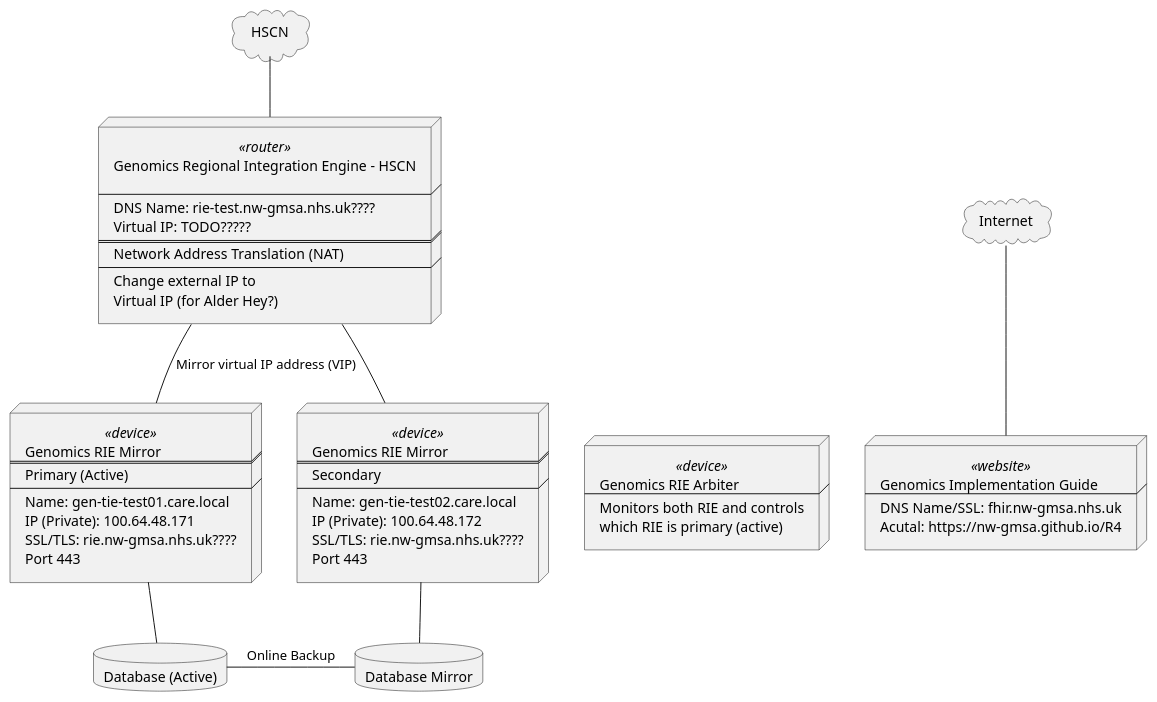
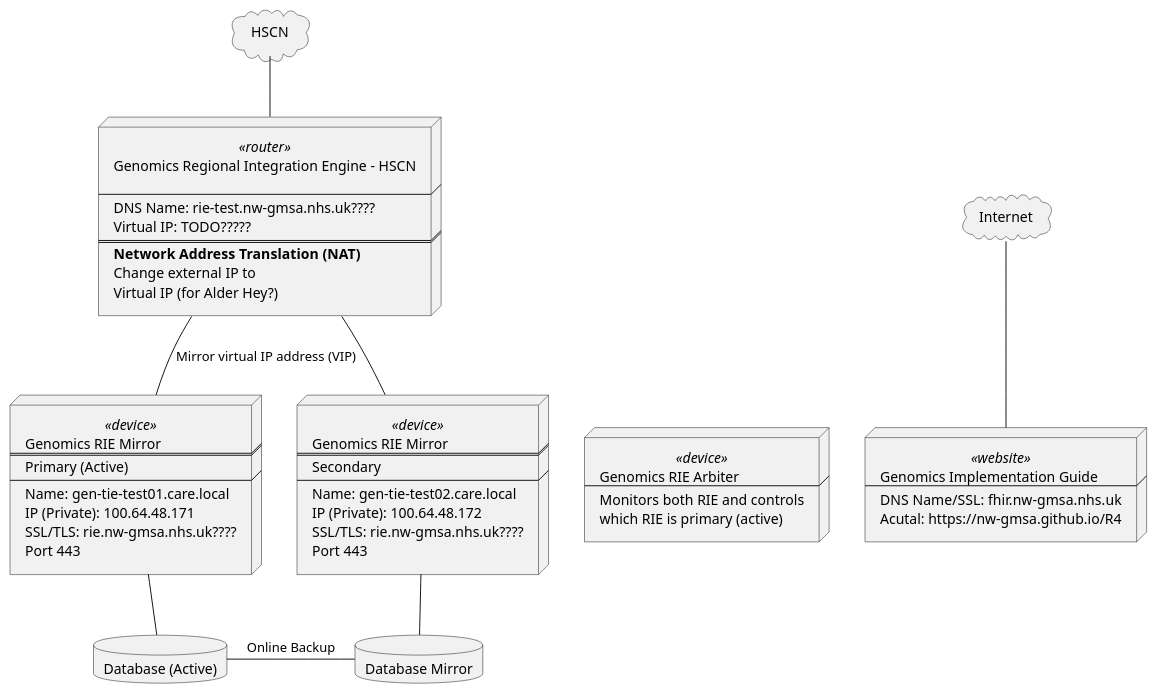
One commit to nw-gmsa/nw-gmsa.github.com changed the diagram in input/images-source/deployment.plantuml. Above: the diagram before and after it, drawn with PlantUML.

Commit message:
Removal of draft wording

```diff
--- a/input/images-source/deployment.plantuml
+++ b/input/images-source/deployment.plantuml
@@ -1,81 +1,80 @@
 @startuml
 
 cloud HSCN [
 HSCN
 ]
 
 cloud internet [
 Internet
 ]
 
 node network <<router>> [
 Genomics Regional Integration Engine - HSCN
 
 ----
 DNS Name: rie-test.nw-gmsa.nhs.uk????
 Virtual IP: TODO?????
 ====
-Network Address Translation (NAT)
-----
+**Network Address Translation (NAT)**
 Change external IP to
 Virtual IP (for Alder Hey?)
 ]
 
 
 node tie1 <<device>> [
 Genomics RIE Mirror
 ====
 Primary (Active)
 ----
 Name: gen-tie-test01.care.local
 IP (Private): 100.64.48.171
 SSL/TLS: rie.nw-gmsa.nhs.uk????
 Port 443
 ]
 
 node tie2 <<device>> [
 Genomics RIE Mirror
 ====
 Secondary
 ----
 Name: gen-tie-test02.care.local
 IP (Private): 100.64.48.172
 SSL/TLS: rie.nw-gmsa.nhs.uk????
 Port 443
 ]
 
 node arbiter <<device>> [
 Genomics RIE Arbiter
 ----
 Monitors both RIE and controls
 which RIE is primary (active)
 ]
 
 node ig <<website>> [
 Genomics Implementation Guide
 ----
 DNS Name/SSL: fhir.nw-gmsa.nhs.uk
 Acutal: https://nw-gmsa.github.io/R4
 ]
 
 database database1 [
 Database (Active)
 ]
 
 database database2 [
 Database Mirror
 ]
 
 HSCN -- network
 internet -- ig
 network -d- tie1 : Mirror virtual IP address (VIP)
 network -d- tie2
 
 tie1 -r[hidden]- tie2
 tie2 -r[hidden]- arbiter
 arbiter -r[hidden]- ig
 tie1 -- database1
 database1 -r- database2: Online Backup
 tie2 -- database2
 
 @enduml
```
